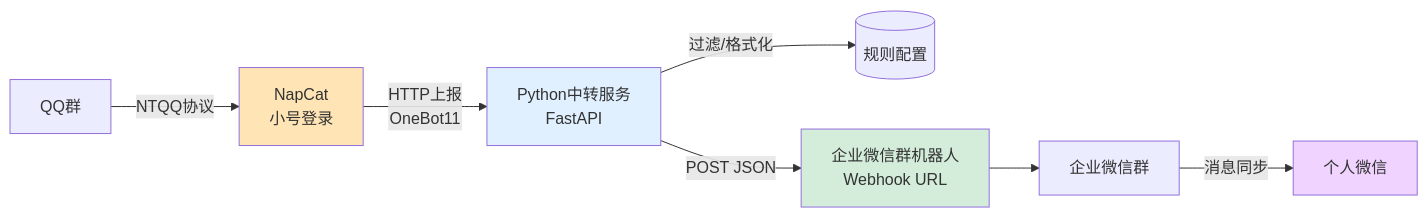
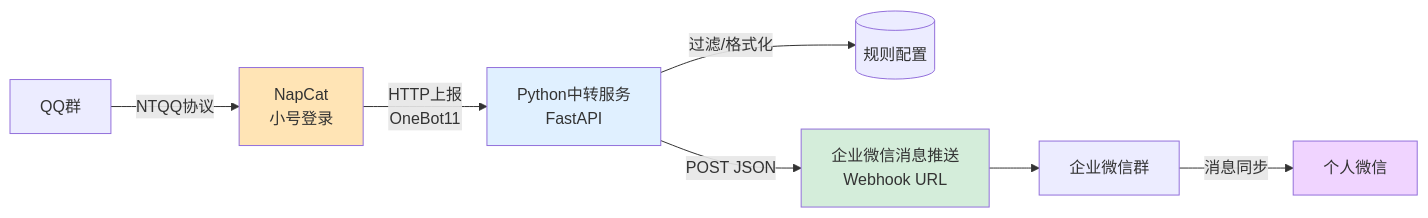
Before and after one commit to dongjinyue/qq-auto-forward: the diagram in QQ自动转发到微信-方案文档.md, drawn with Mermaid. The commit also changed other lines of this file and 6 other files, not shown here.

````diff
--- a/QQ自动转发到微信-方案文档.md
+++ b/QQ自动转发到微信-方案文档.md
@@ -71,14 +71,14 @@
 ```mermaid
 flowchart LR
     A[QQ群] -->|NTQQ协议| B[NapCat\n小号登录]
     B -->|HTTP上报\nOneBot11| C[Python中转服务\nFastAPI]
     C -->|过滤/格式化| D[(规则配置)]
-    C -->|POST JSON| E[企业微信群机器人\nWebhook URL]
+    C -->|POST JSON| E[企业微信消息推送\nWebhook URL]
     E --> F[企业微信群]
     F -->|消息同步| G[个人微信]
 
     style B fill:#ffe4b5
     style C fill:#e0f0ff
     style E fill:#d4edda
     style G fill:#f0d4ff
 ```
````
